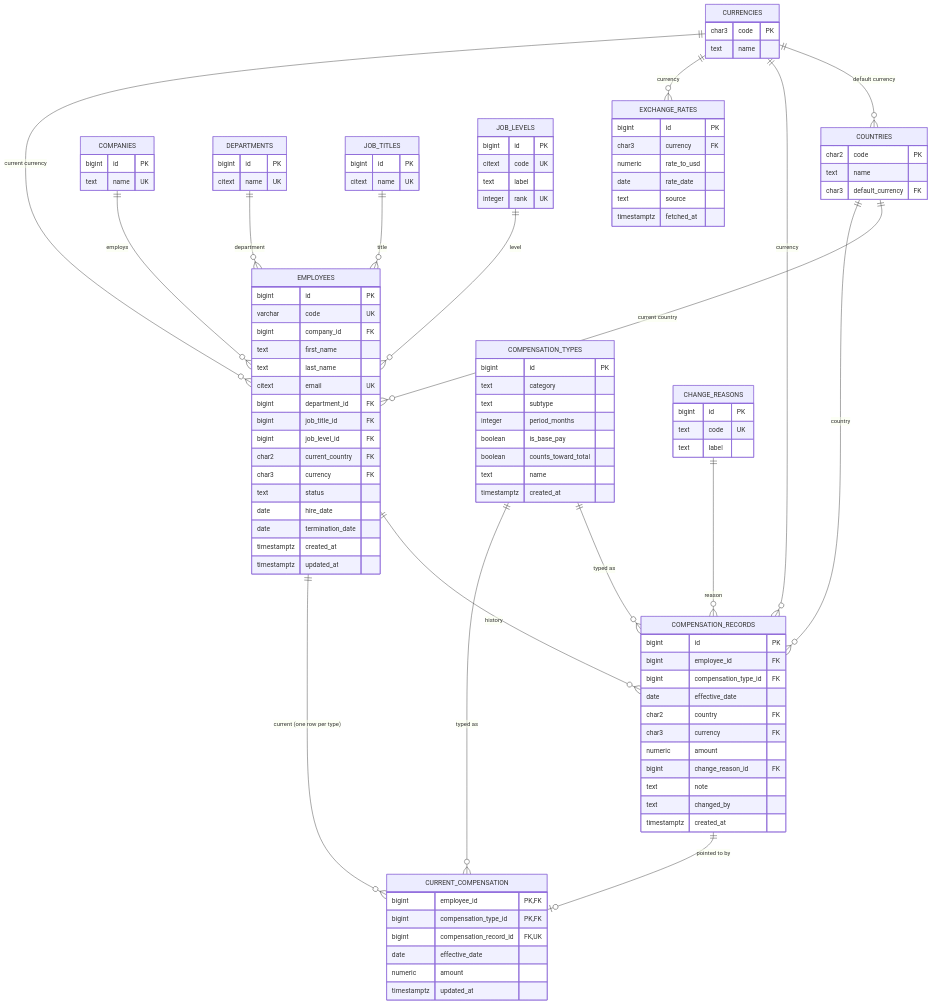
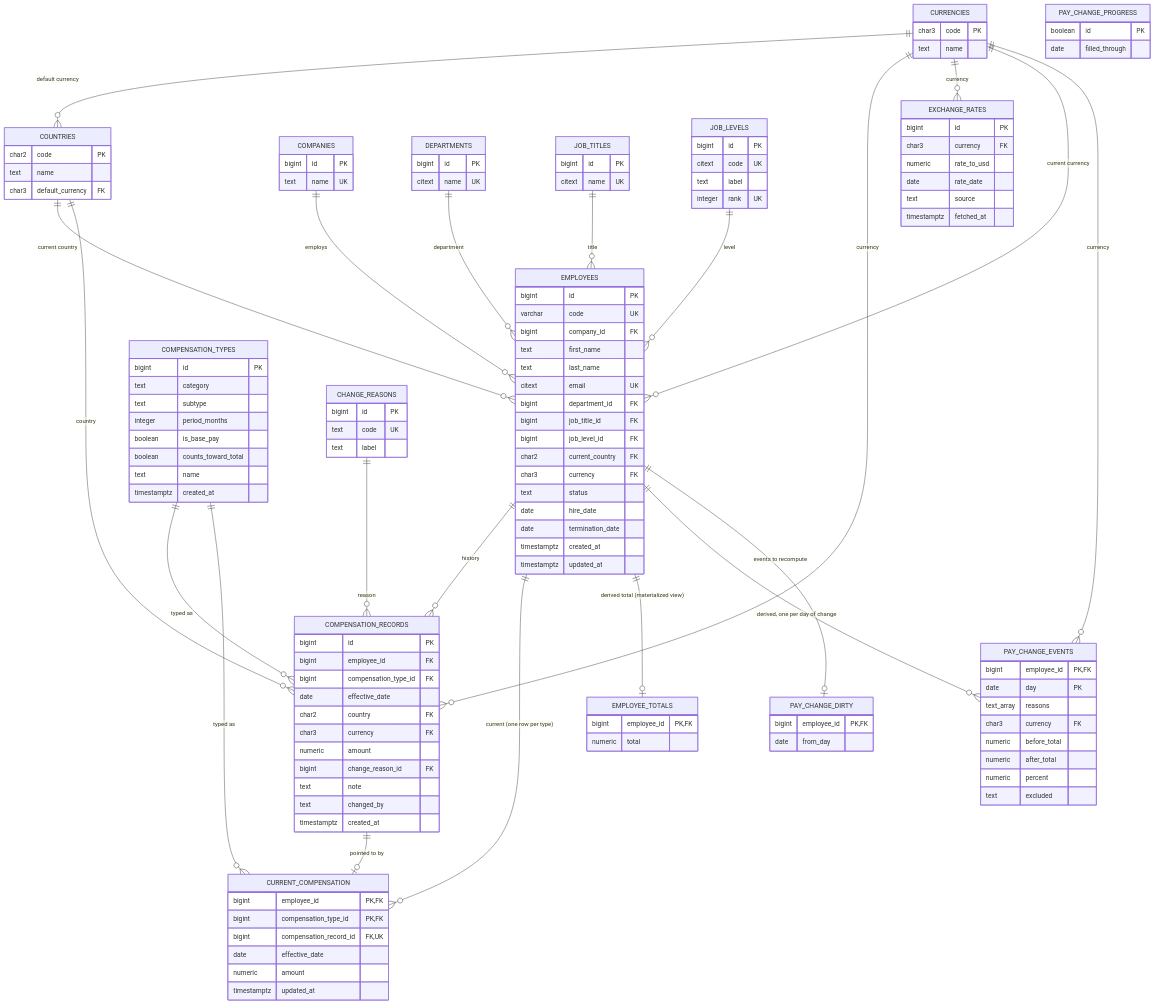
The diagram in docs/database-design.mmd (Vanshita1204/acme-salary-management), drawn with Mermaid before and after one commit. The commit also changed 26 other files, not shown here.

First line of the commit message:
Store pay-change events for the pay-changes report (E26) (#15)

```diff
--- a/docs/database-design.mmd
+++ b/docs/database-design.mmd
@@ -1,107 +1,133 @@
 erDiagram
     CURRENCIES {
         char3 code PK
         text name
     }
     COUNTRIES {
         char2 code PK
         text name
         char3 default_currency FK
     }
     COMPANIES {
         bigint id PK
         text name UK
     }
     EMPLOYEES {
         bigint id PK
         varchar code UK
         bigint company_id FK
         text first_name
         text last_name
         citext email UK
         bigint department_id FK
         bigint job_title_id FK
         bigint job_level_id FK
         char2 current_country FK
         char3 currency FK
         text status
         date hire_date
         date termination_date
         timestamptz created_at
         timestamptz updated_at
     }
     DEPARTMENTS {
         bigint id PK
         citext name UK
     }
     JOB_TITLES {
         bigint id PK
         citext name UK
     }
     JOB_LEVELS {
         bigint id PK
         citext code UK
         text label
         integer rank UK
     }
     COMPENSATION_TYPES {
         bigint id PK
         text category
         text subtype
         integer period_months
         boolean is_base_pay
         boolean counts_toward_total
         text name
         timestamptz created_at
     }
     CHANGE_REASONS {
         bigint id PK
         text code UK
         text label
     }
     COMPENSATION_RECORDS {
         bigint id PK
         bigint employee_id FK
         bigint compensation_type_id FK
         date effective_date
         char2 country FK
         char3 currency FK
         numeric amount
         bigint change_reason_id FK
         text note
         text changed_by
         timestamptz created_at
     }
     CURRENT_COMPENSATION {
         bigint employee_id PK,FK
         bigint compensation_type_id PK,FK
         bigint compensation_record_id FK,UK
         date effective_date
         numeric amount
         timestamptz updated_at
     }
     EXCHANGE_RATES {
         bigint id PK
         char3 currency FK
         numeric rate_to_usd
         date rate_date
         text source
         timestamptz fetched_at
     }
+    EMPLOYEE_TOTALS {
+        bigint employee_id PK,FK
+        numeric total
+    }
+    PAY_CHANGE_EVENTS {
+        bigint employee_id PK,FK
+        date day PK
+        text_array reasons
+        char3 currency FK
+        numeric before_total
+        numeric after_total
+        numeric percent
+        text excluded
+    }
+    PAY_CHANGE_PROGRESS {
+        boolean id PK
+        date filled_through
+    }
+    PAY_CHANGE_DIRTY {
+        bigint employee_id PK,FK
+        date from_day
+    }
 
     CURRENCIES ||--o{ COUNTRIES : "default currency"
     CURRENCIES ||--o{ COMPENSATION_RECORDS : "currency"
     CURRENCIES ||--o{ EXCHANGE_RATES : "currency"
     COUNTRIES ||--o{ EMPLOYEES : "current country"
     COUNTRIES ||--o{ COMPENSATION_RECORDS : "country"
     CURRENCIES ||--o{ EMPLOYEES : "current currency"
     COMPANIES ||--o{ EMPLOYEES : "employs"
     DEPARTMENTS ||--o{ EMPLOYEES : "department"
     JOB_TITLES ||--o{ EMPLOYEES : "title"
     JOB_LEVELS ||--o{ EMPLOYEES : "level"
     COMPENSATION_TYPES ||--o{ COMPENSATION_RECORDS : "typed as"
     COMPENSATION_TYPES ||--o{ CURRENT_COMPENSATION : "typed as"
     CHANGE_REASONS ||--o{ COMPENSATION_RECORDS : "reason"
     EMPLOYEES ||--o{ COMPENSATION_RECORDS : "history"
     EMPLOYEES ||--o{ CURRENT_COMPENSATION : "current (one row per type)"
     COMPENSATION_RECORDS ||--o| CURRENT_COMPENSATION : "pointed to by"
+    EMPLOYEES ||--o| EMPLOYEE_TOTALS : "derived total (materialized view)"
+    EMPLOYEES ||--o{ PAY_CHANGE_EVENTS : "derived, one per day of change"
+    CURRENCIES ||--o{ PAY_CHANGE_EVENTS : "currency"
+    EMPLOYEES ||--o| PAY_CHANGE_DIRTY : "events to recompute"
```
